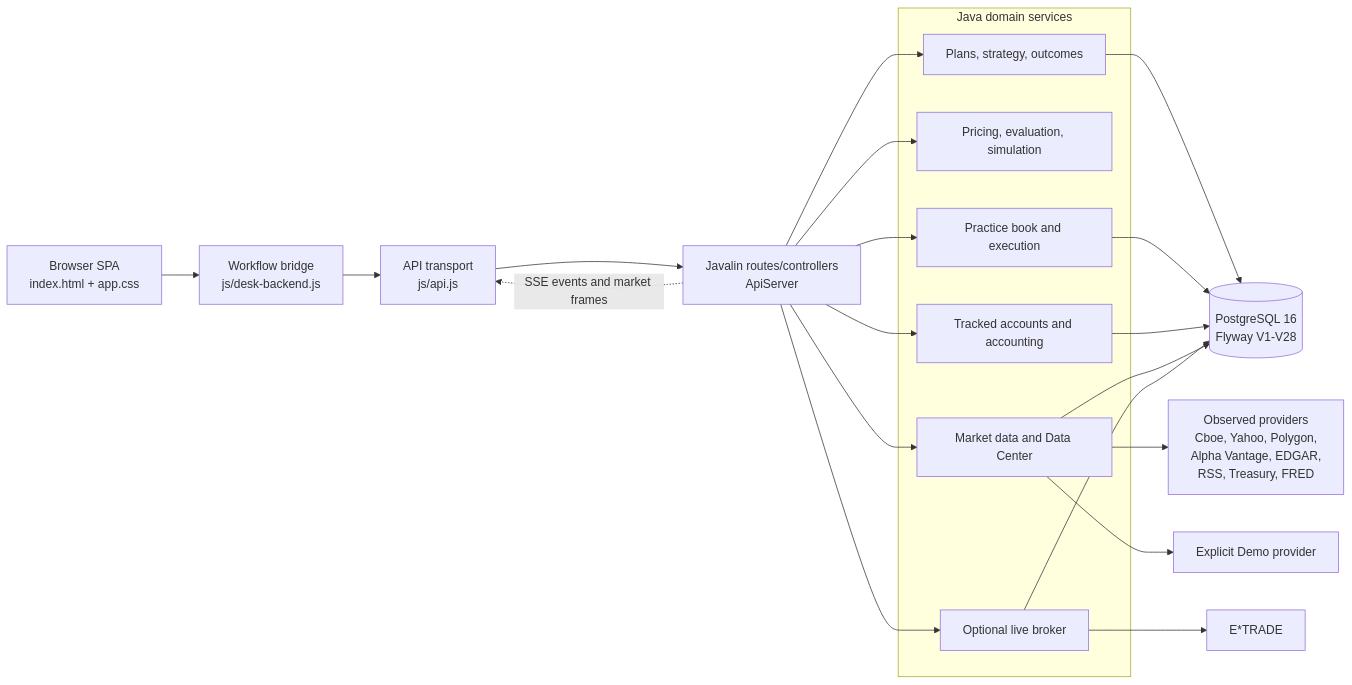
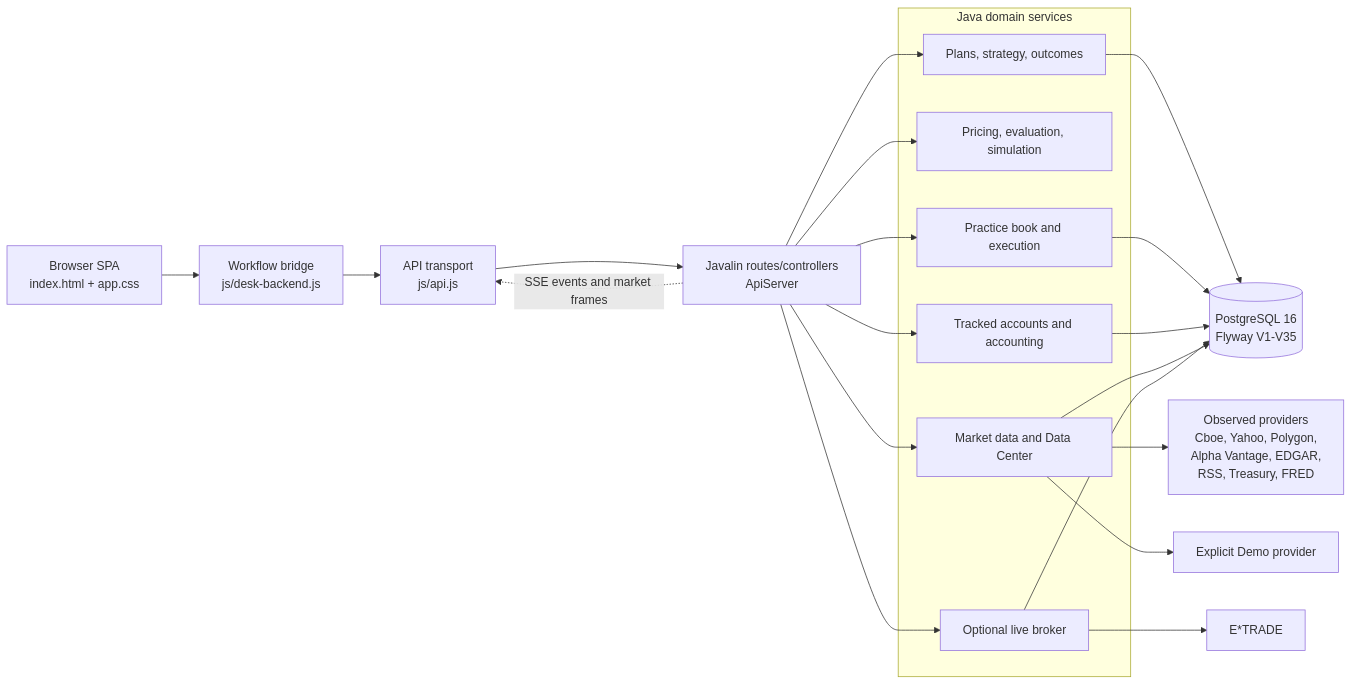
The first of 5 diagrams in architecture.md (privacynow/strikebench), drawn with Mermaid before and after one commit. The commit also changed other lines of this file and 14 other files, not shown here.

````diff
--- a/architecture.md
+++ b/architecture.md
@@ -24,38 +24,38 @@
 ```mermaid
 flowchart LR
   B["Browser SPA<br/>index.html + app.css"]
   T["API transport<br/>js/api.js"]
   W["Workflow bridge<br/>js/desk-backend.js"]
   J["Javalin routes/controllers<br/>ApiServer"]
 
   subgraph Domain["Java domain services"]
     P["Plans, strategy, outcomes"]
     K["Pricing, evaluation, simulation"]
     PB["Practice book and execution"]
     TB["Tracked accounts and accounting"]
     MD["Market data and Data Center"]
     BR["Optional live broker"]
   end
 
-  DB[("PostgreSQL 16<br/>Flyway V1-V28")]
+  DB[("PostgreSQL 16<br/>Flyway V1-V35")]
   PX["Observed providers<br/>Cboe, Yahoo, Polygon,<br/>Alpha Vantage, EDGAR,<br/>RSS, Treasury, FRED"]
   DEMO["Explicit Demo provider"]
   BROKER["E*TRADE"]
 
   B --> W --> T --> J
   J --> P
   J --> K
   J --> PB
   J --> TB
   J --> MD
   J --> BR
   P --> DB
   PB --> DB
   TB --> DB
   MD --> DB
   BR --> DB
   MD --> PX
   MD --> DEMO
   BR --> BROKER
   J -. "SSE events and market frames" .-> T
 ```
````
